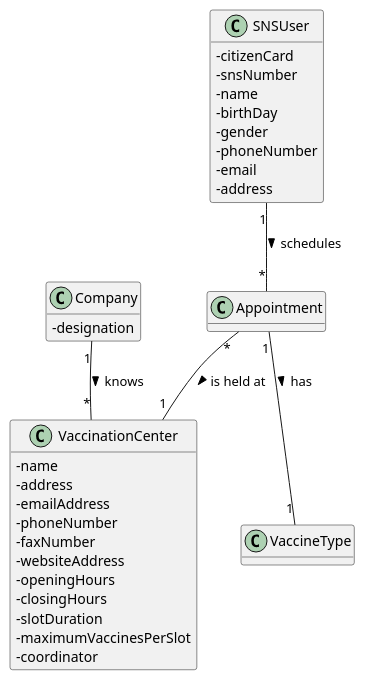
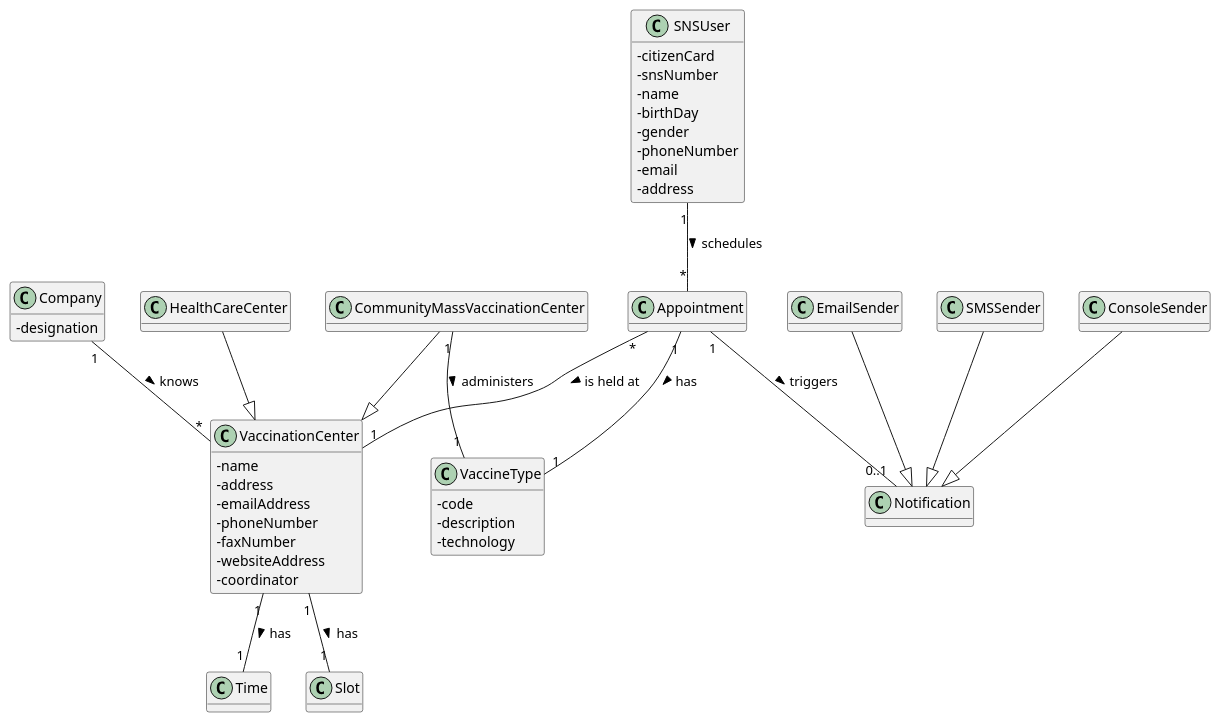
One commit to miseEnPlace-i/lapr2 changed the diagram in docs/SprintC/US01/DM/US01_DM.puml. Above: the diagram before and after it, drawn with PlantUML. The commit also changed 3 other files, not shown here.

```diff
--- a/docs/SprintC/US01/DM/US01_DM.puml
+++ b/docs/SprintC/US01/DM/US01_DM.puml
@@ -1,45 +1,76 @@
 @startuml US01_DM
 hide methods
 skinparam classAttributeIconSize 0
 
 class Appointment {}
 
-class VaccineType {}
+class VaccineType {
+  -code
+  -description
+  -technology
+}
 
 class SNSUser {
   -citizenCard
   -snsNumber
   -name
   -birthDay
   -gender
   -phoneNumber
   -email
   -address
 }
 
 class VaccinationCenter {
   -name
   -address
   -emailAddress
   -phoneNumber
   -faxNumber
   -websiteAddress
-  -openingHours  
-  -closingHours
-  -slotDuration
-  -maximumVaccinesPerSlot
   -coordinator
 }
+
+class Time {}
+
+class Slot {}
+
+class CommunityMassVaccinationCenter {}
+
+class HealthCareCenter {}
 
 class Company {
   -designation
 }
 
+class Notification {}
+
+class ConsoleSender {}
+
+class EmailSender {}
+
+class SMSSender {}
+
 Appointment "1"  -- "1" VaccineType : has >
 Appointment "*" -- "1" VaccinationCenter : is held at >
+Appointment "1" -- "0..1" Notification : triggers >
 
 Company "1" -- "*" VaccinationCenter : knows >
 
 SNSUser "1" -- "*" Appointment : schedules >
 
+CommunityMassVaccinationCenter --|> VaccinationCenter
+CommunityMassVaccinationCenter "1" -- "1" VaccineType : administers >
+
+VaccinationCenter "1" -- "1" Time : has >
+VaccinationCenter "1" -- "1" Slot : has >
+
+HealthCareCenter --|> VaccinationCenter
+
+ConsoleSender --|> Notification
+
+SMSSender --|> Notification
+
+EmailSender --|> Notification
+
 @enduml
```
